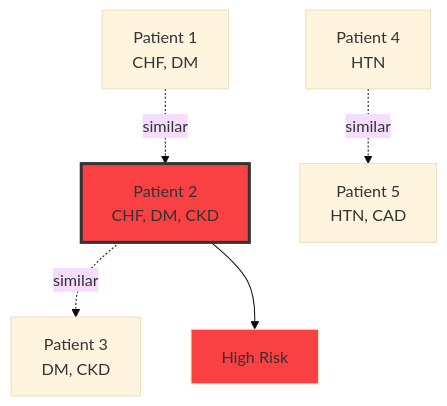
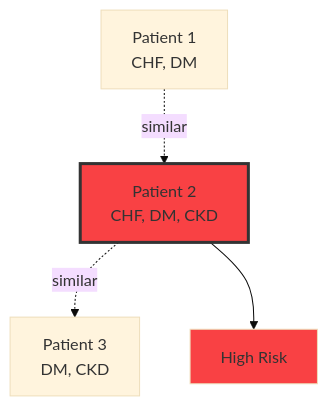
Diagram 12 of 13 in slides.md (phiwi/graphnn_lecture), drawn with Mermaid (base theme) before and after one commit. The commit also changed other lines of this file, not shown here.

````diff
--- a/slides.md
+++ b/slides.md
@@ -1472,11 +1760,10 @@
 ```mermaid
 graph TD
   P1[Patient 1<br/>CHF, DM] -.similar.-> P2[Patient 2<br/>CHF, DM, CKD]
   P2 -.similar.-> P3[Patient 3<br/>DM, CKD]
-  P4[Patient 4<br/>HTN] -.similar.-> P5[Patient 5<br/>HTN, CAD]
   
   P2 --> Risk2[High Risk]
   
   style P2 fill:#f94144,stroke:#333,stroke-width:3px
   style Risk2 fill:#f94144
 ```
````
